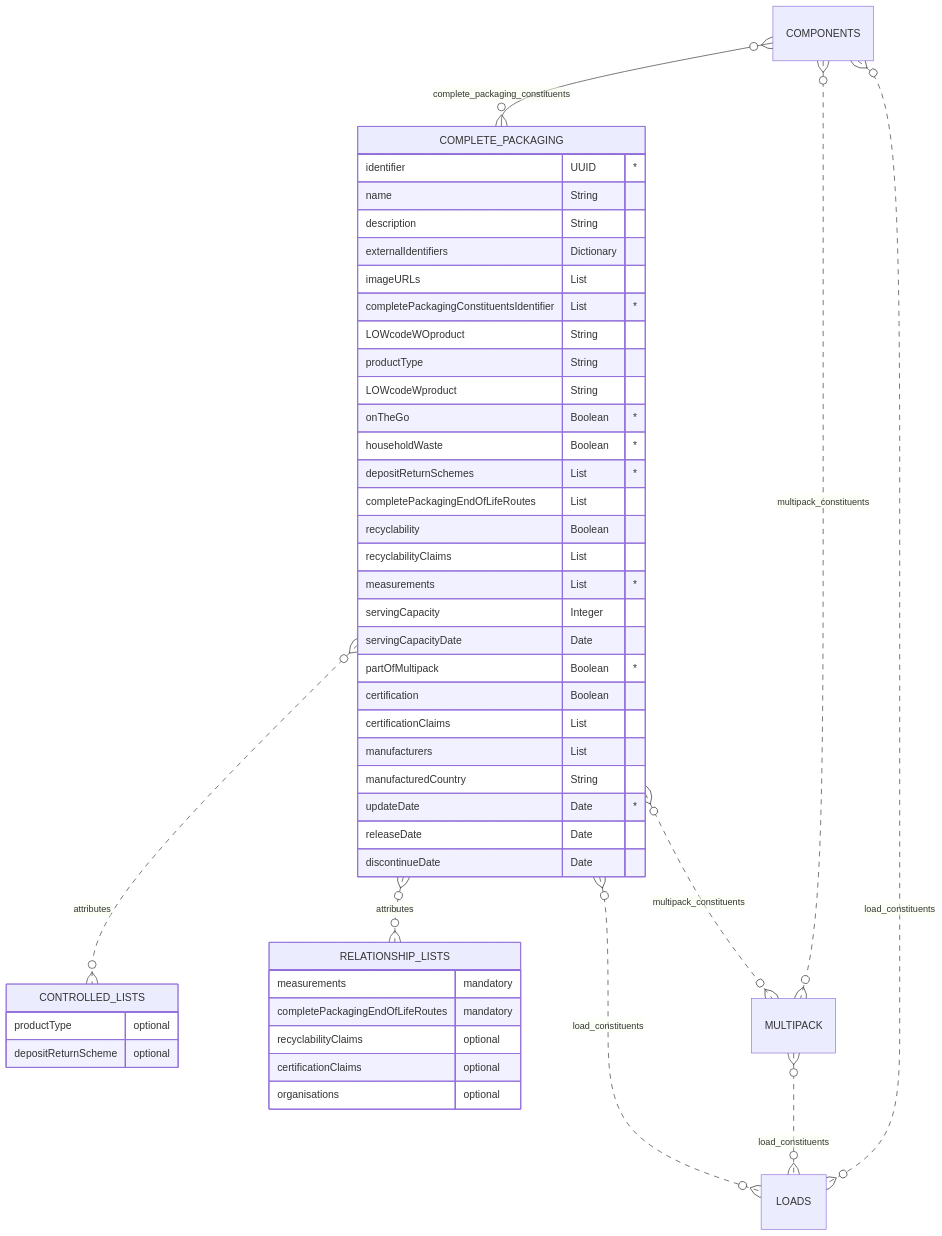
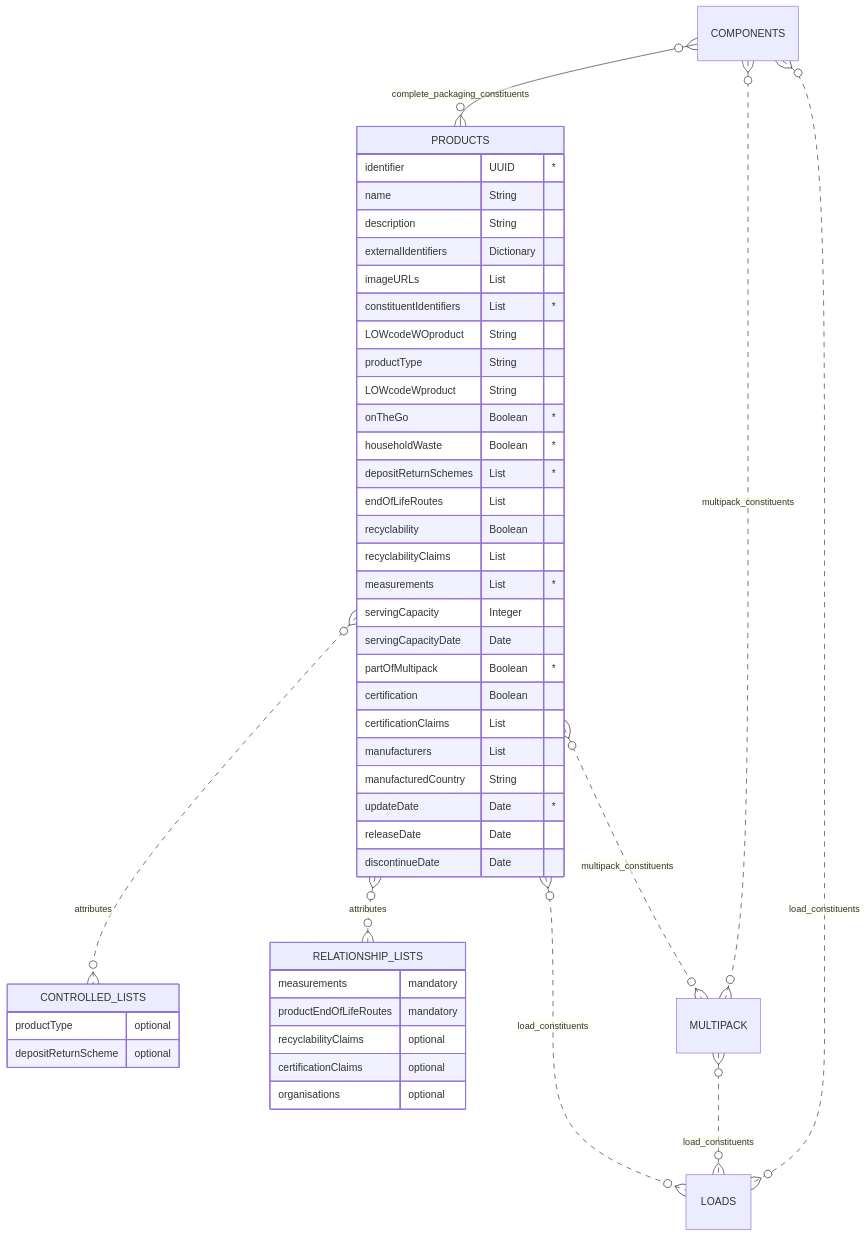
Before and after one commit to OpenDataManchester/OSTFD: the diagram in docs/schema/fashion-and-textile-products.md, drawn with Mermaid. The commit also changed other lines of this file and 46 other files, not shown here.

````diff
--- a/docs/schema/fashion-and-textile-products.md
+++ b/docs/schema/fashion-and-textile-products.md
@@ -48,50 +48,50 @@
 ``` mermaid
 erDiagram
-COMPONENTS }o--o{ COMPLETE_PACKAGING : complete_packaging_constituents
-  COMPLETE_PACKAGING {
+COMPONENTS }o--o{ PRODUCTS : complete_packaging_constituents
+  PRODUCTS {
     identifier UUID "*"
     name String
     description String
     externalIdentifiers Dictionary
     imageURLs List
-    completePackagingConstituentsIdentifier List "*"
+    constituentIdentifiers List "*"
     LOWcodeWOproduct String
     productType String
     LOWcodeWproduct String
     onTheGo Boolean "*"
     householdWaste Boolean "*"
     depositReturnSchemes List "*"
-    completePackagingEndOfLifeRoutes List
+    endOfLifeRoutes List
     recyclability Boolean
     recyclabilityClaims List
     measurements List "*"
     servingCapacity Integer
     servingCapacityDate Date
     partOfMultipack Boolean "*"
     certification Boolean
     certificationClaims List
     manufacturers List
     manufacturedCountry String
     updateDate Date "*"
     releaseDate Date
     discontinueDate Date
   }
-  COMPLETE_PACKAGING }o..o{ CONTROLLED_LISTS : attributes
-  COMPLETE_PACKAGING }O..O{ RELATIONSHIP_LISTS : attributes
-  COMPLETE_PACKAGING }o..o{ MULTIPACK : multipack_constituents
+  PRODUCTS }o..o{ CONTROLLED_LISTS : attributes
+  PRODUCTS }O..O{ RELATIONSHIP_LISTS : attributes
+  PRODUCTS }o..o{ MULTIPACK : multipack_constituents
   COMPONENTS }o..o{ MULTIPACK : multipack_constituents
-  COMPLETE_PACKAGING }o..o{ LOADS : load_constituents
+  PRODUCTS }o..o{ LOADS : load_constituents
   MULTIPACK }o..o{ LOADS : load_constituents
   COMPONENTS }o..o{ LOADS : load_constituents
       CONTROLLED_LISTS {
       productType optional
       depositReturnScheme optional
     }
     RELATIONSHIP_LISTS {
       measurements mandatory
-      completePackagingEndOfLifeRoutes mandatory
+      productEndOfLifeRoutes mandatory
       recyclabilityClaims optional
       certificationClaims optional
       organisations optional
     }
 ```
````
